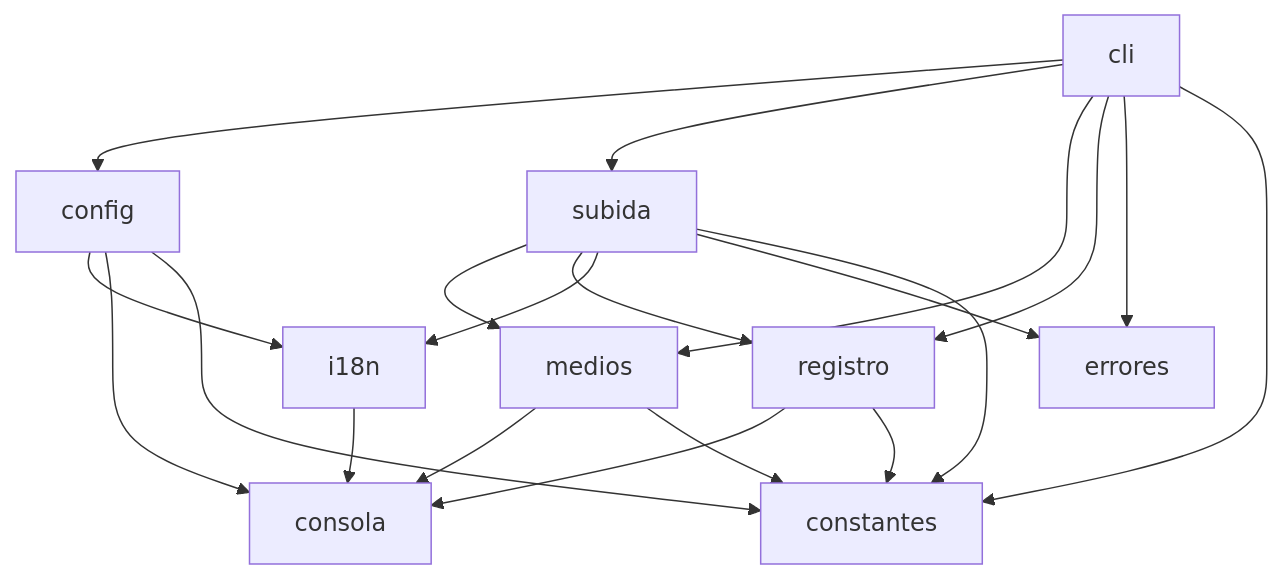
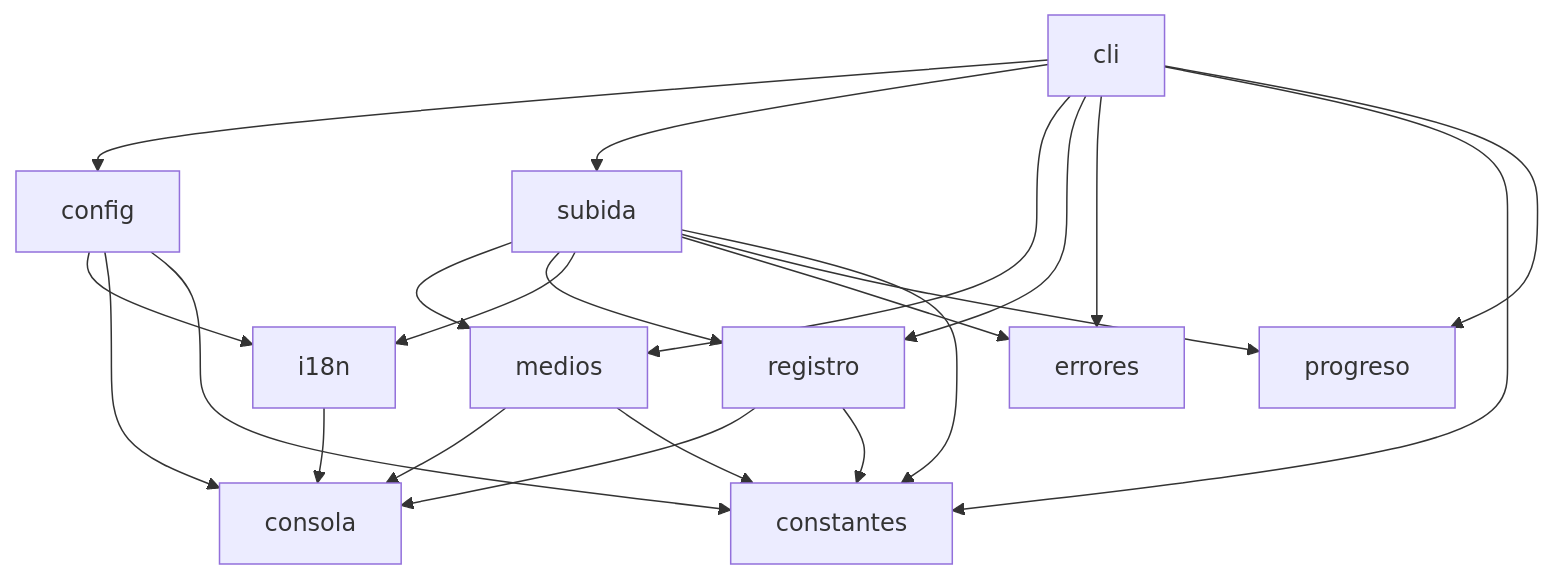
The first of 2 diagrams in ARQUITECTURA.md (al3xFight/telegram-uploader), drawn with Mermaid before and after one commit. The commit also changed other lines of this file and 5 other files, not shown here.

Commit message:
Refactor: el progreso se reporta con ReporteProgreso y subida.py ya no usa rich (Refs #20)

````diff
--- a/ARQUITECTURA.md
+++ b/ARQUITECTURA.md
@@ -32,22 +33,24 @@
 ```mermaid
 flowchart TD
     cli --> config
     cli --> subida
     cli --> medios
     cli --> registro
     cli --> errores
     cli --> constantes
+    cli --> progreso
     config --> i18n
     subida --> medios
     subida --> registro
     subida --> i18n
     subida --> errores
+    subida --> progreso
     i18n --> consola
     config --> consola
     registro --> consola
     medios --> consola
     config --> constantes
     registro --> constantes
     subida --> constantes
     medios --> constantes
 ```
````
